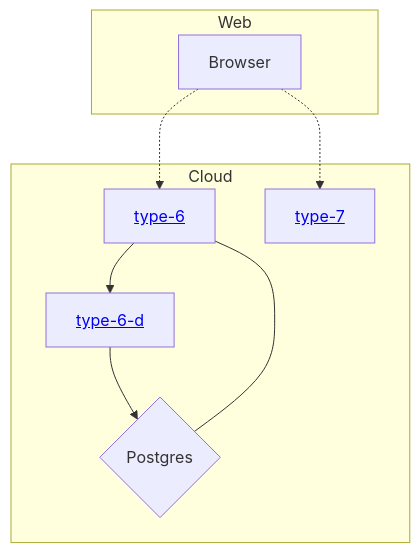
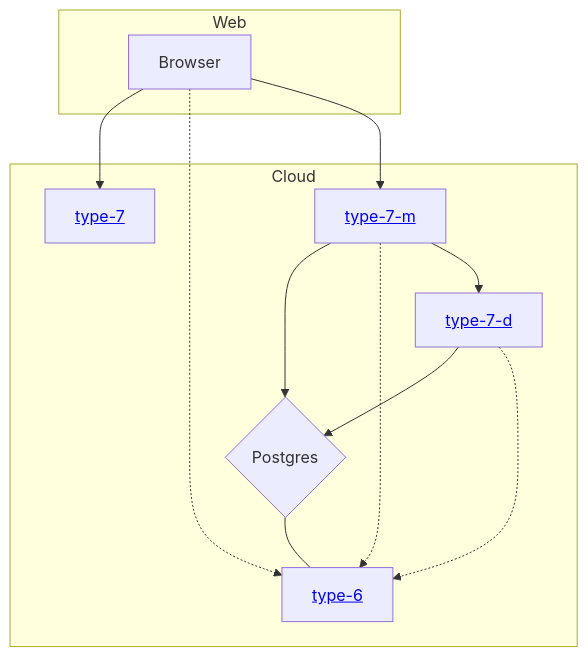
The diagram in Readme.md (timattt/TypeSixCloud), drawn with Mermaid before and after one commit.

````diff
--- a/Readme.md
+++ b/Readme.md
@@ -7,13 +7,19 @@
 ```mermaid
 graph TD;
  subgraph "Cloud"
-    type-6[<a href='https://github.com/timattt/TypeSix'>type-6</a>] --> type-6-d[<a href='https://github.com/timattt/TypeSixD'>type-6-d</a>];
     type-7[<a href='https://github.com/timattt/TypeSeven'>type-7</a>];
     di{Postgres} --- type-6[<a href='https://github.com/timattt/TypeSix'>type-6</a>];
-    type-6-d[<a href='https://github.com/timattt/TypeSixD'>type-6-d</a>] --> di{Postgres};
+    type-7-d[<a href='https://github.com/timattt/TypeSevenD'>type-7-d</a>] --> di{Postgres};
+    type-7-m[<a href='https://github.com/timattt/TypeSevenM'>type-7-m</a>] --> di{Postgres};
+    type-7-m[<a href='https://github.com/timattt/TypeSevenM'>type-7-m</a>] -.-> type-6[<a href='https://github.com/timattt/TypeSix'>type-6</a>];
+    type-7-d[<a href='https://github.com/timattt/TypeSevenD'>type-7-d</a>] -.-> type-6[<a href='https://github.com/timattt/TypeSix'>type-6</a>];
+    type-7-m[<a href='https://github.com/timattt/TypeSevenM'>type-7-m</a>] --> type-7-d[<a href='https://github.com/timattt/TypeSevenD'>type-7-d</a>];
+
  end
  subgraph "Web"
-   Browser -.-> type-7
-   Browser -.-> type-6
+   Browser --> type-7[<a href='https://github.com/timattt/TypeSeven'>type-7</a>];
+   Browser -.-> type-6[<a href='https://github.com/timattt/TypeSix'>type-6</a>];
+   Browser --> type-7-m[<a href='https://github.com/timattt/TypeSevenM'>type-7-m</a>];
+
  end
 ```
````
